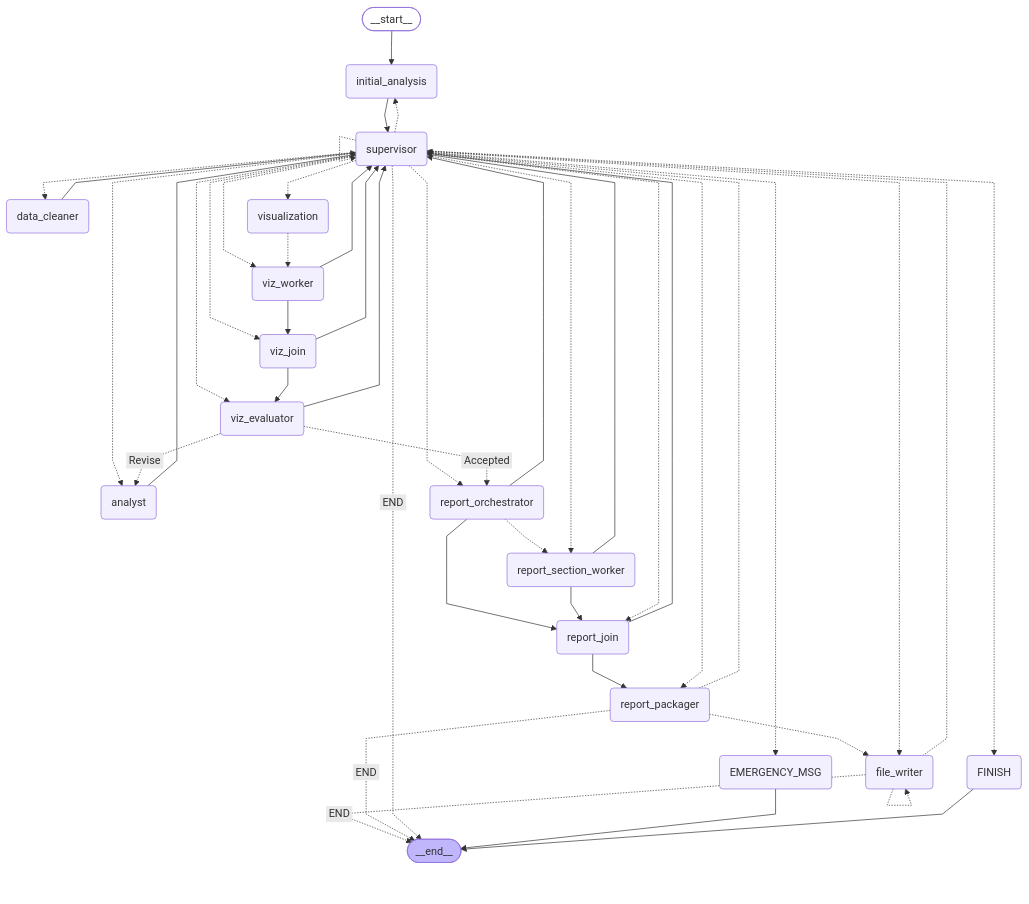
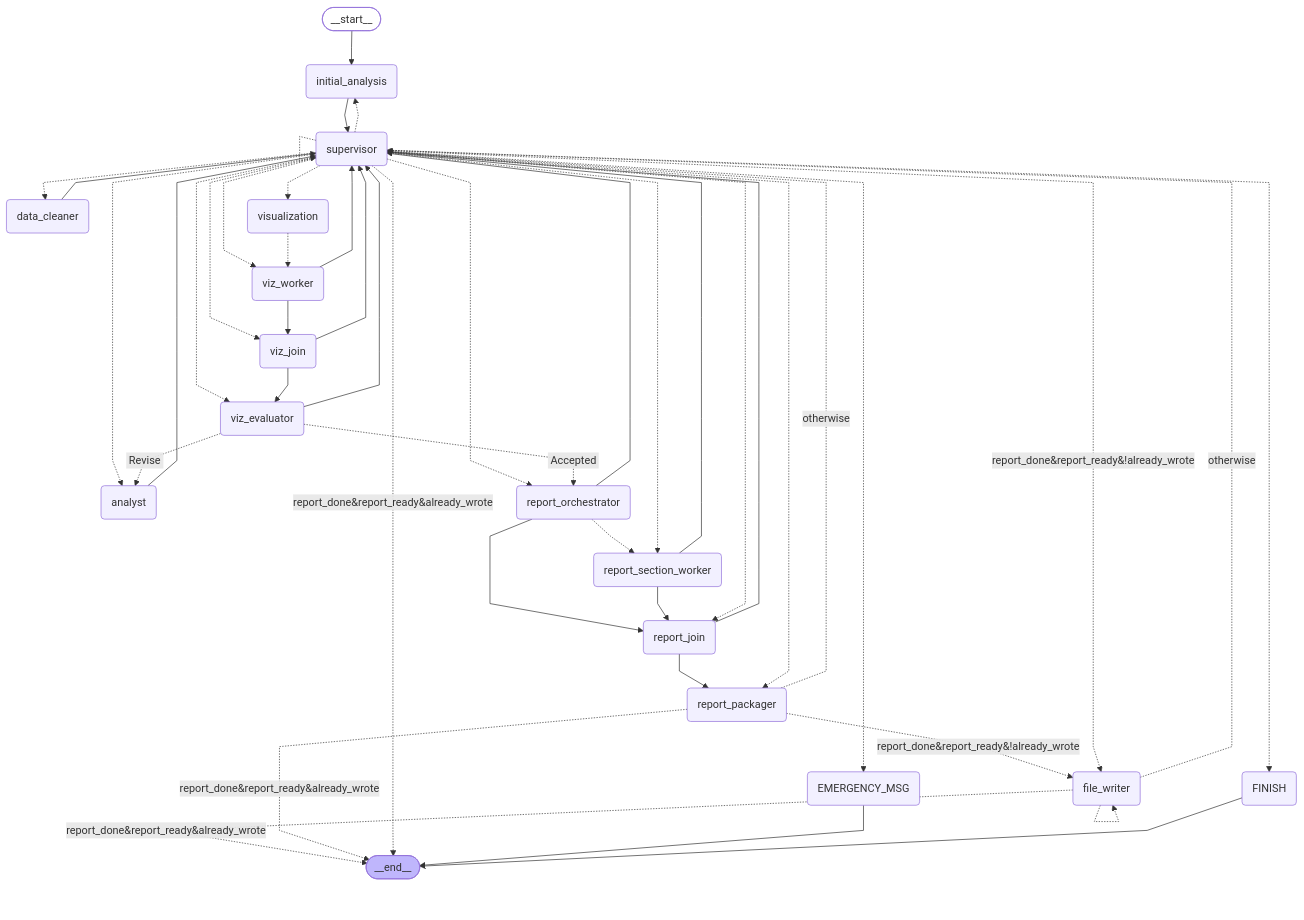
Before and after one commit to dhar174/intelligent_data_detective: the diagram in idd_v4_state_graph.mmd, drawn with Mermaid. The commit also changed 1 other file, not shown here.

Commit message:
Update file_writer routing in mermaid diagram with proper conditional logic indicators

```diff
--- a/idd_v4_state_graph.mmd
+++ b/idd_v4_state_graph.mmd
@@ -1,69 +1,69 @@
 ---
 config:
   flowchart:
     curve: linear
 ---
 graph TD;
 	__start__([<p>__start__</p>]):::first
 	supervisor(supervisor)
 	initial_analysis(initial_analysis)
 	data_cleaner(data_cleaner)
 	analyst(analyst)
 	viz_worker(viz_worker)
 	viz_join(viz_join)
 	viz_evaluator(viz_evaluator)
 	report_orchestrator(report_orchestrator)
 	report_section_worker(report_section_worker)
 	report_join(report_join)
 	report_packager(report_packager)
 	file_writer(file_writer)
 	visualization(visualization)
 	EMERGENCY_MSG(EMERGENCY_MSG)
 	FINISH(FINISH)
 	__end__([<p>__end__</p>]):::last
 	__start__ --> initial_analysis;
 	analyst --> supervisor;
 	data_cleaner --> supervisor;
-	file_writer -. &nbsp;END&nbsp; .-> __end__;
-	file_writer -.-> supervisor;
+	file_writer -. report_done&report_ready&already_wrote .-> __end__;
+	file_writer -. otherwise .-> supervisor;
 	initial_analysis --> supervisor;
 	report_join --> report_packager;
 	report_join --> supervisor;
 	report_orchestrator --> report_join;
 	report_orchestrator -.-> report_section_worker;
 	report_orchestrator --> supervisor;
-	report_packager -. &nbsp;END&nbsp; .-> __end__;
-	report_packager -.-> file_writer;
-	report_packager -.-> supervisor;
+	report_packager -. report_done&report_ready&already_wrote .-> __end__;
+	report_packager -. report_done&report_ready&!already_wrote .-> file_writer;
+	report_packager -. otherwise .-> supervisor;
 	report_section_worker --> report_join;
 	report_section_worker --> supervisor;
 	supervisor -.-> EMERGENCY_MSG;
 	supervisor -.-> FINISH;
-	supervisor -. &nbsp;END&nbsp; .-> __end__;
+	supervisor -. report_done&report_ready&already_wrote .-> __end__;
 	supervisor -.-> analyst;
 	supervisor -.-> data_cleaner;
-	supervisor -.-> file_writer;
+	supervisor -. report_done&report_ready&!already_wrote .-> file_writer;
 	supervisor -.-> initial_analysis;
 	supervisor -.-> report_join;
 	supervisor -.-> report_orchestrator;
 	supervisor -.-> report_packager;
 	supervisor -.-> report_section_worker;
 	supervisor -.-> visualization;
 	supervisor -.-> viz_evaluator;
 	supervisor -.-> viz_join;
 	supervisor -.-> viz_worker;
 	visualization -.-> viz_worker;
 	viz_evaluator -. &nbsp;Revise&nbsp; .-> analyst;
 	viz_evaluator -. &nbsp;Accepted&nbsp; .-> report_orchestrator;
 	viz_evaluator --> supervisor;
 	viz_join --> supervisor;
 	viz_join --> viz_evaluator;
 	viz_worker --> supervisor;
 	viz_worker --> viz_join;
 	EMERGENCY_MSG --> __end__;
 	FINISH --> __end__;
 	file_writer -.-> file_writer;
 	supervisor -.-> supervisor;
 	classDef default fill:#f2f0ff,line-height:1.2
 	classDef first fill-opacity:0
 	classDef last fill:#bfb6fc
```
